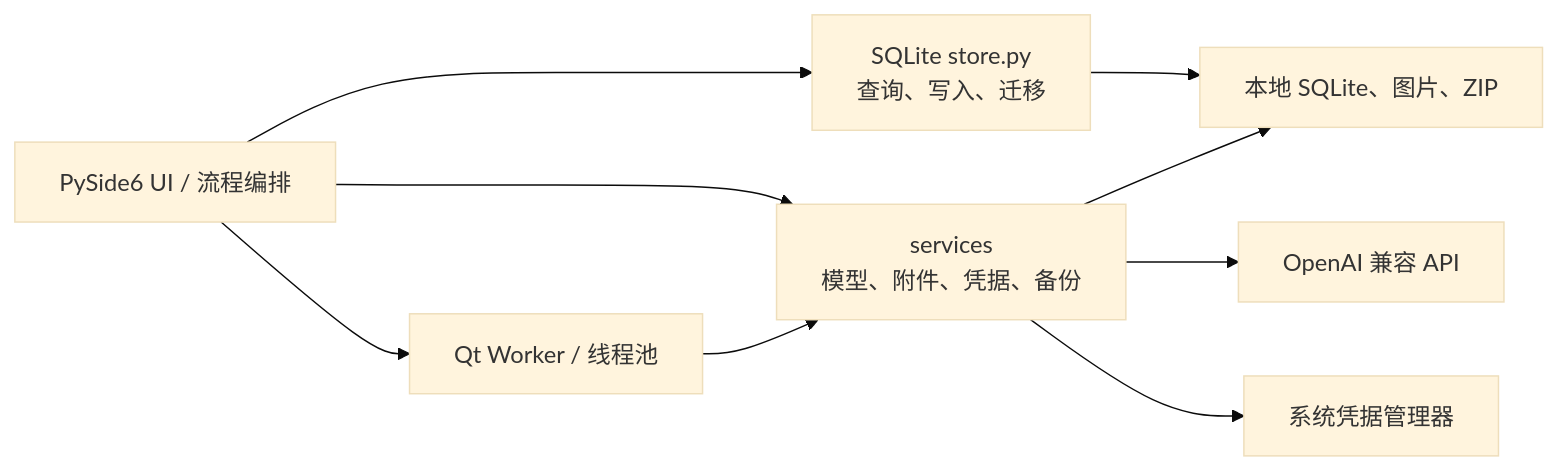
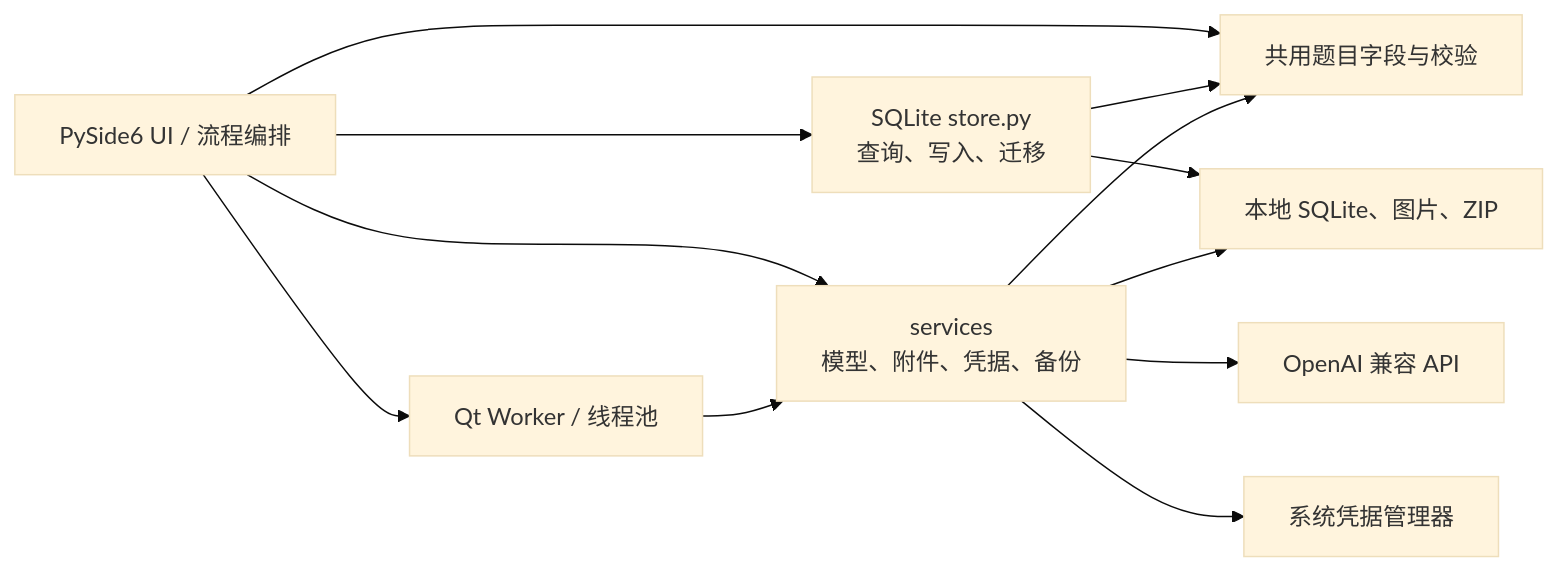
The diagram in 错题本开发文档.md (flandre0605/flandre-notebook), drawn with Mermaid (base theme) before and after one commit. The commit also changed other lines of this file and 34 other files, not shown here.

````diff
--- a/错题本开发文档.md
+++ b/错题本开发文档.md
@@ -185,19 +191,22 @@
 ```mermaid
 flowchart LR
     UI[PySide6 UI / 流程编排]
     STORE[SQLite store.py\n查询、写入、迁移]
     SERVICE[services\n模型、附件、凭据、备份]
     WORKER[Qt Worker / 线程池]
     REMOTE[OpenAI 兼容 API]
     LOCAL[本地 SQLite、图片、ZIP]
     KEY[系统凭据管理器]
 
     UI --> STORE
+    UI --> FORMAT[共用题目字段与校验]
+    STORE --> FORMAT
+    SERVICE --> FORMAT
     STORE --> LOCAL
     UI --> SERVICE
     SERVICE --> LOCAL
     UI --> WORKER
     WORKER --> SERVICE
     SERVICE --> REMOTE
     SERVICE --> KEY
 ```
````
